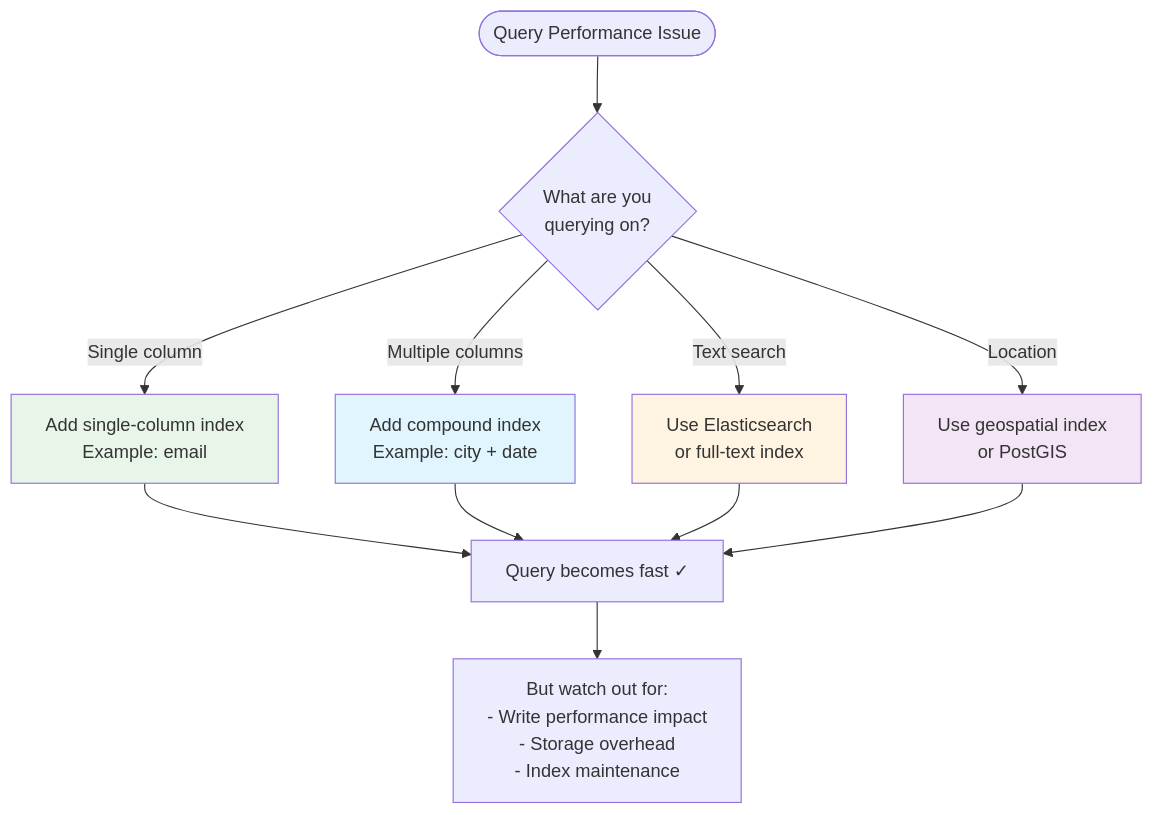
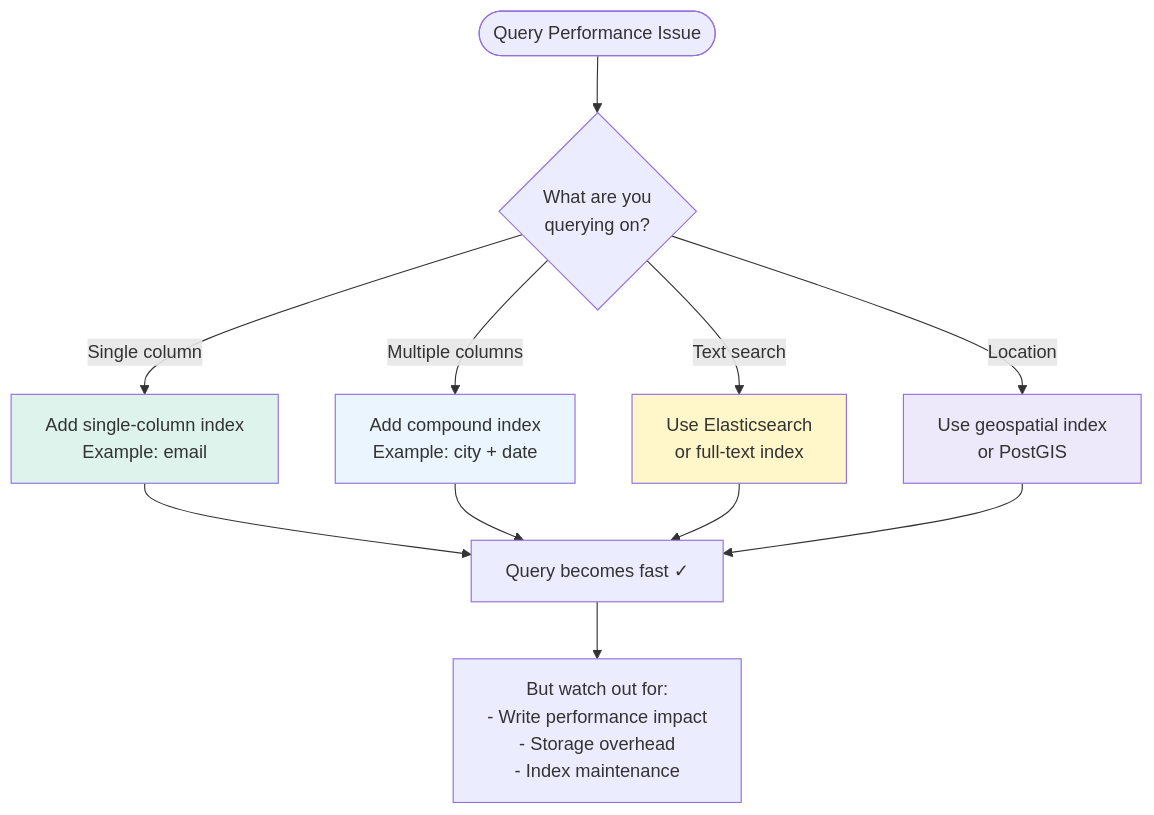
Before and after one commit to cartmancodes/InterviewVault: the ninth of 34 diagrams in LLD/CoreConcepts/CoreConcepts.md, drawn with Mermaid. The commit also changed other lines of this file and 679 other files, not shown here.

Commit message:
Unify content diagrams and add accessible visual walkthroughs

````diff
--- a/LLD/CoreConcepts/CoreConcepts.md
+++ b/LLD/CoreConcepts/CoreConcepts.md
@@ -361,23 +361,23 @@
 ```mermaid
 flowchart TD
     Start([Query Performance Issue])
     
     Start --> Q1{What are you<br/>querying on?}
     
     Q1 -->|Single column| A1[Add single-column index<br/>Example: email]
     Q1 -->|Multiple columns| A2[Add compound index<br/>Example: city + date]
     Q1 -->|Text search| A3[Use Elasticsearch<br/>or full-text index]
     Q1 -->|Location| A4[Use geospatial index<br/>or PostGIS]
     
     A1 --> R[Query becomes fast ✓]
     A2 --> R
     A3 --> R
     A4 --> R
     
     R --> Note[But watch out for:<br/>- Write performance impact<br/>- Storage overhead<br/>- Index maintenance]
     
-    style A1 fill:#e8f5e9
-    style A2 fill:#e1f5ff
-    style A3 fill:#fff4e1
-    style A4 fill:#f3e5f5
+    style A1 fill:#DDF3EC
+    style A2 fill:#EAF5FD
+    style A3 fill:#FFF6C9
+    style A4 fill:#EDE8FA
 ```
````
